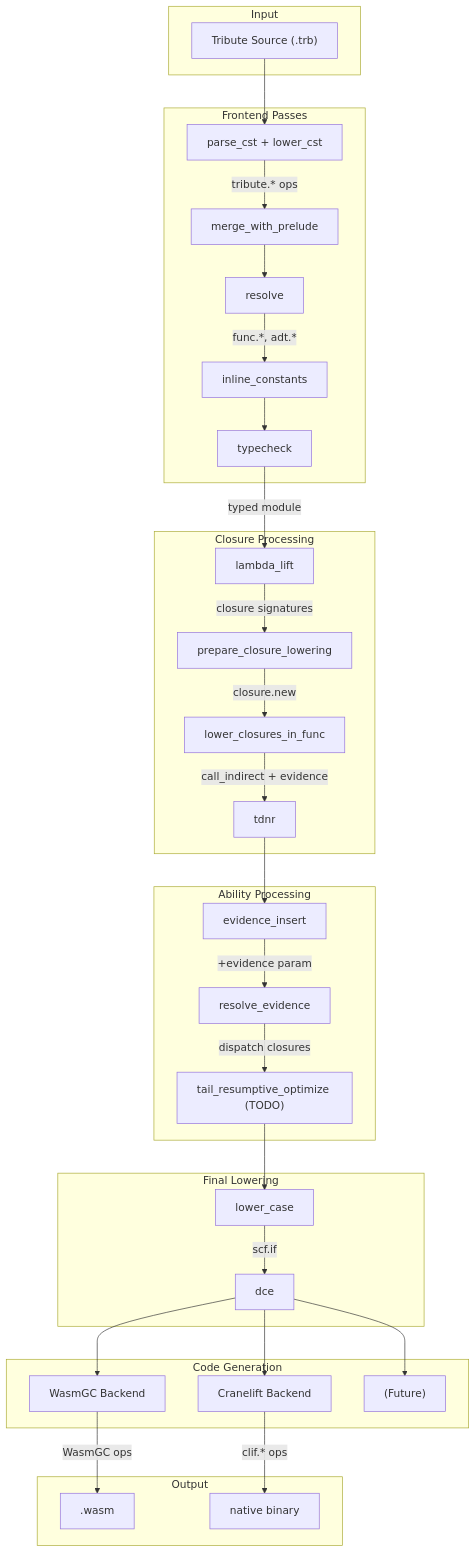
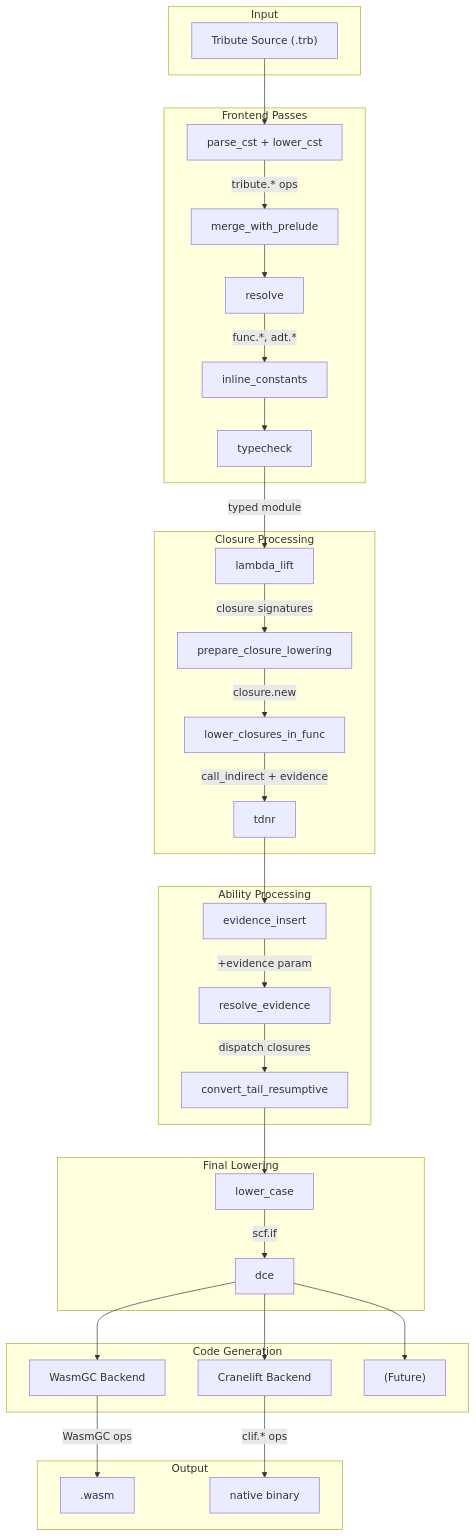
Before and after one commit to Kroisse/tribute: the diagram in new-plans/implementation.md, drawn with Mermaid. The commit also changed 16 other files, not shown here.

````diff
--- a/new-plans/implementation.md
+++ b/new-plans/implementation.md
@@ -666,61 +666,61 @@
 ```mermaid
 flowchart TB
     subgraph input["Input"]
         source["Tribute Source (.trb)"]
     end
 
     subgraph frontend["Frontend Passes"]
         parse["parse_cst + lower_cst"]
         prelude["merge_with_prelude"]
         resolve["resolve"]
         const_inline["inline_constants"]
         typecheck["typecheck"]
     end
 
     subgraph closure["Closure Processing"]
         lambda_lift["lambda_lift"]
         closure_prep["prepare_closure_lowering"]
         closure_func["lower_closures_in_func"]
         tdnr["tdnr"]
     end
 
     subgraph ability["Ability Processing"]
         evidence["evidence_insert"]
         resolve_ev["resolve_evidence"]
-        tail_opt["tail_resumptive_optimize (TODO)"]
+        tail_opt["convert_tail_resumptive"]
     end
 
     subgraph lowering["Final Lowering"]
         lower_case["lower_case"]
         dce["dce"]
     end
 
     subgraph backends["Code Generation"]
         wasm["WasmGC Backend"]
         cranelift["Cranelift Backend"]
         future["(Future)"]
     end
 
     subgraph output["Output"]
         wasm_bin[".wasm"]
         native["native binary"]
     end
 
     source --> parse
     parse -->|"tribute.* ops"| prelude
     prelude --> resolve
     resolve -->|"func.*, adt.*"| const_inline
     const_inline --> typecheck
     typecheck -->|"typed module"| lambda_lift
     lambda_lift -->|"closure signatures"| closure_prep
     closure_prep -->|"closure.new"| closure_func
     closure_func -->|"call_indirect + evidence"| tdnr
     tdnr --> evidence
     evidence -->|"+evidence param"| resolve_ev
     resolve_ev -->|"dispatch closures"| tail_opt
     tail_opt --> lower_case
     lower_case -->|"scf.if"| dce
     dce --> wasm & cranelift & future
     wasm -->|"WasmGC ops"| wasm_bin
     cranelift -->|"clif.* ops"| native
 ```
````
